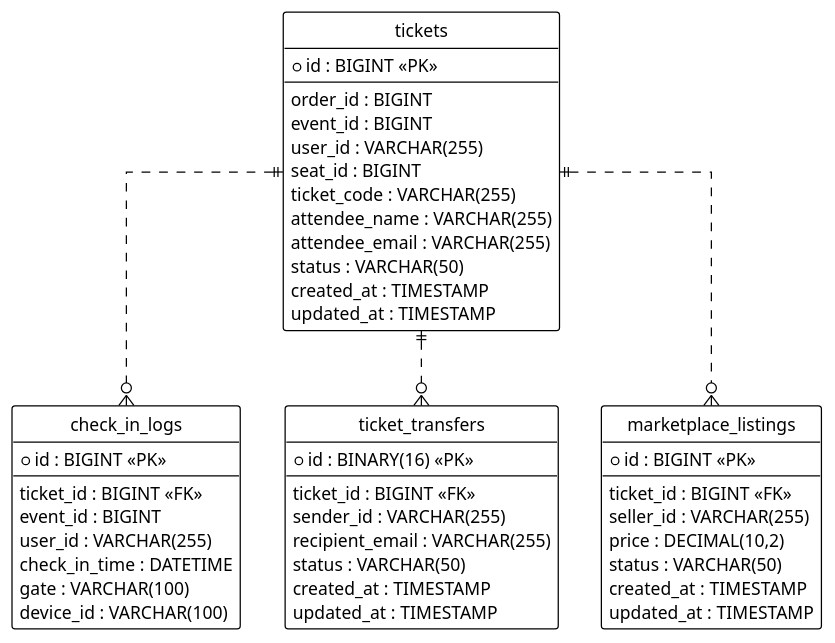
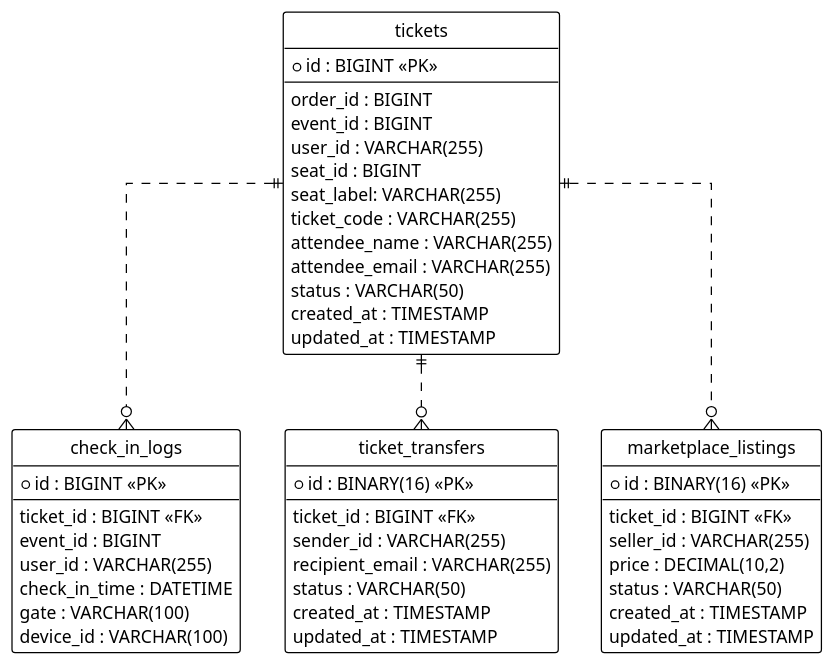
Before and after one commit to siro332/ticket-store-backend: the diagram in diagrams/erd_ticket.puml, drawn with PlantUML. The commit also changed 3 other files, not shown here.

```diff
--- a/diagrams/erd_ticket.puml
+++ b/diagrams/erd_ticket.puml
@@ -1,57 +1,58 @@
 @startuml
 !theme plain
 hide circle
 skinparam linetype ortho
 
 entity "tickets" {
     *id : BIGINT <<PK>>
     --
     order_id : BIGINT
     event_id : BIGINT
     user_id : VARCHAR(255)
     seat_id : BIGINT
+    seat_label: VARCHAR(255)
     ticket_code : VARCHAR(255)
     attendee_name : VARCHAR(255)
     attendee_email : VARCHAR(255)
     status : VARCHAR(50)
     created_at : TIMESTAMP
     updated_at : TIMESTAMP
 }
 
 entity "check_in_logs" {
     *id : BIGINT <<PK>>
     --
     ticket_id : BIGINT <<FK>>
     event_id : BIGINT
     user_id : VARCHAR(255)
     check_in_time : DATETIME
     gate : VARCHAR(100)
     device_id : VARCHAR(100)
 }
 
 entity "ticket_transfers" {
     *id : BINARY(16) <<PK>>
     --
     ticket_id : BIGINT <<FK>>
     sender_id : VARCHAR(255)
     recipient_email : VARCHAR(255)
     status : VARCHAR(50)
     created_at : TIMESTAMP
     updated_at : TIMESTAMP
 }
 
 entity "marketplace_listings" {
-    *id : BIGINT <<PK>>
+    *id : BINARY(16) <<PK>>
     --
     ticket_id : BIGINT <<FK>>
     seller_id : VARCHAR(255)
     price : DECIMAL(10,2)
     status : VARCHAR(50)
     created_at : TIMESTAMP
     updated_at : TIMESTAMP
 }
 
 tickets ||..o{ check_in_logs
 tickets ||..o{ ticket_transfers
 tickets ||..o{ marketplace_listings
 @enduml
```
